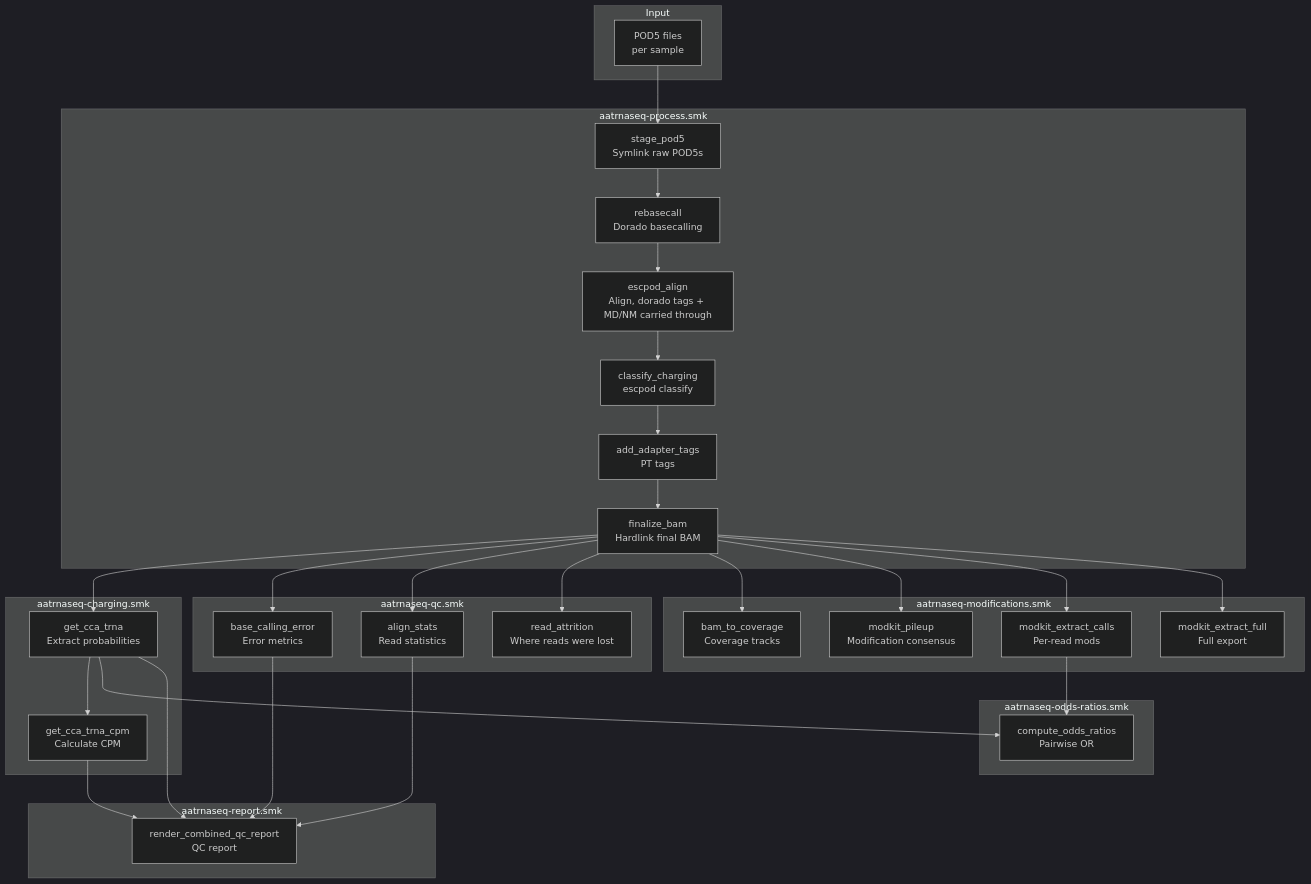
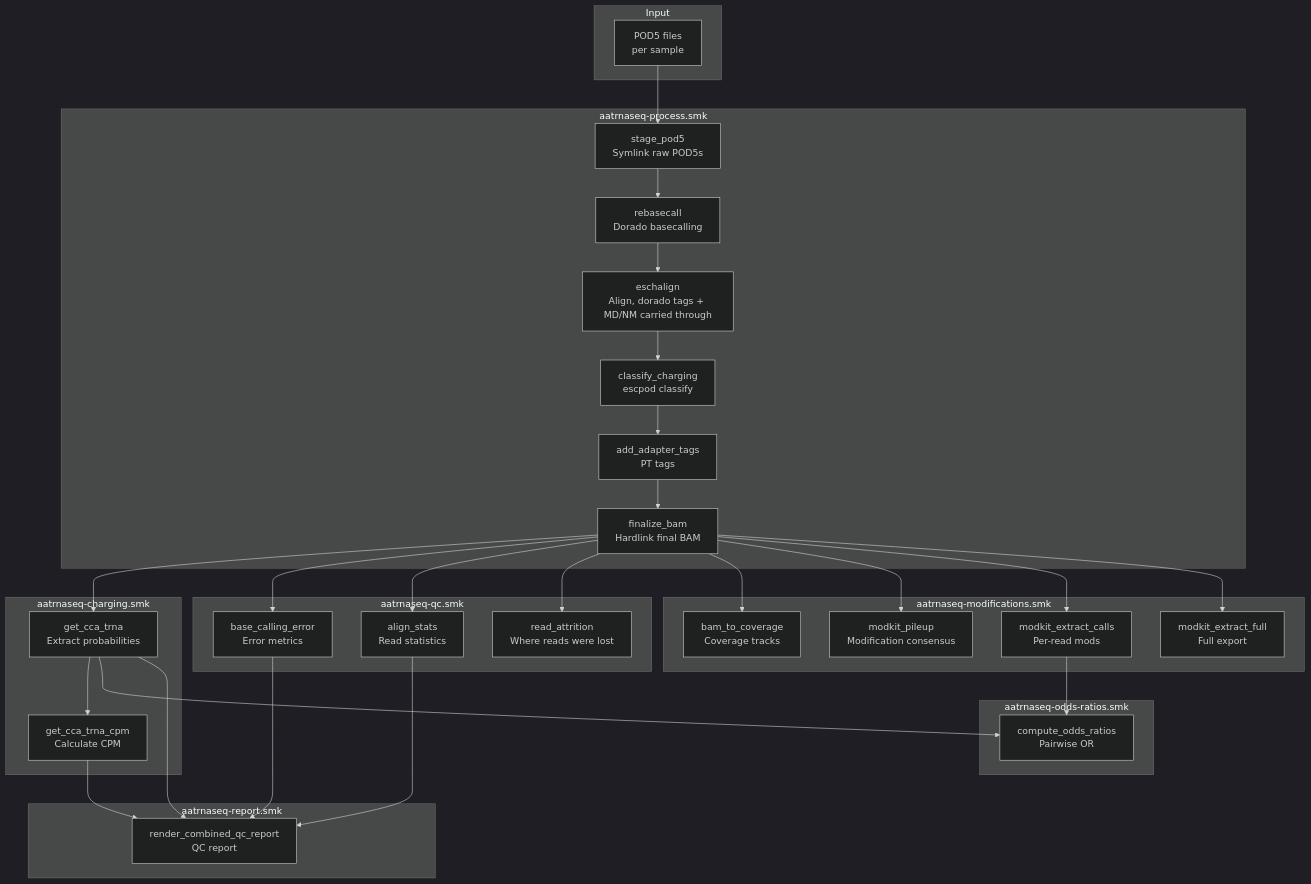
Before and after one commit to rnabioco/aa-tRNA-seq-pipeline: the second of 4 diagrams in docs/workflow/overview.md, drawn with Mermaid (dark theme). The commit also changed other lines of this file and 37 other files, not shown here.

First line of the commit message:
feat(align): migrate alignment from escpod align to eschalign (#203)

````diff
--- a/docs/workflow/overview.md
+++ b/docs/workflow/overview.md
@@ -37,58 +37,58 @@
 ```mermaid
 flowchart TB
     subgraph Input
         A[POD5 files<br/>per sample]
     end
 
     subgraph Processing[aatrnaseq-process.smk]
         B[stage_pod5<br/>Symlink raw POD5s]
         C[rebasecall<br/>Dorado basecalling]
-        E[escpod_align<br/>Align, dorado tags + MD/NM carried through]
+        E[eschalign<br/>Align, dorado tags + MD/NM carried through]
         F[classify_charging<br/>escpod classify]
         G2[add_adapter_tags<br/>PT tags]
         G3[finalize_bam<br/>Hardlink final BAM]
     end
 
     subgraph Charging[aatrnaseq-charging.smk]
         H[get_cca_trna<br/>Extract probabilities]
         I[get_cca_trna_cpm<br/>Calculate CPM]
     end
 
     subgraph QC[aatrnaseq-qc.smk]
         J[base_calling_error<br/>Error metrics]
         K[align_stats<br/>Read statistics]
         L[read_attrition<br/>Where reads were lost]
     end
 
     subgraph Mods[aatrnaseq-modifications.smk]
         M[bam_to_coverage<br/>Coverage tracks]
         N[modkit_pileup<br/>Modification consensus]
         O[modkit_extract_calls<br/>Per-read mods]
         P[modkit_extract_full<br/>Full export]
     end
 
     subgraph OddsRatios[aatrnaseq-odds-ratios.smk]
         Q[compute_odds_ratios<br/>Pairwise OR]
     end
 
     subgraph Report[aatrnaseq-report.smk]
         R[render_combined_qc_report<br/>QC report]
     end
 
     A --> B --> C --> E --> F --> G2 --> G3
 
     G3 --> H --> I
     G3 --> J
     G3 --> K
     G3 --> L
     G3 --> M
     G3 --> N
     G3 --> O
     G3 --> P
     O --> Q
     H --> Q
     J --> R
     H --> R
     I --> R
     K --> R
 ```
````
